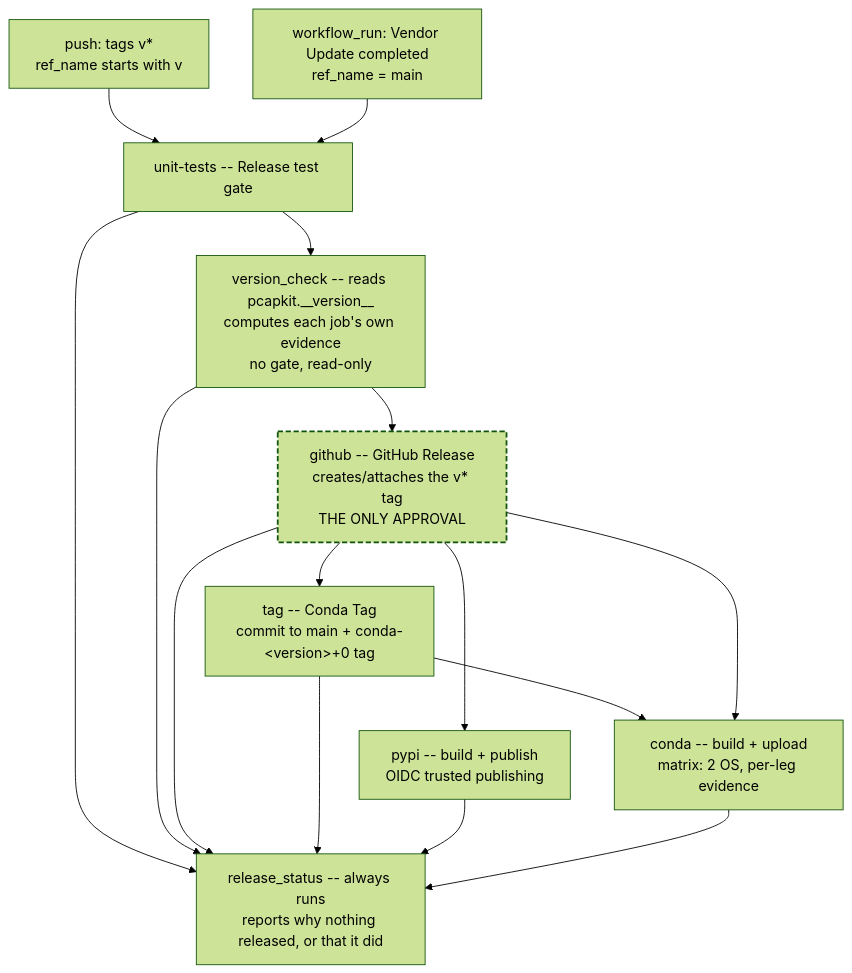
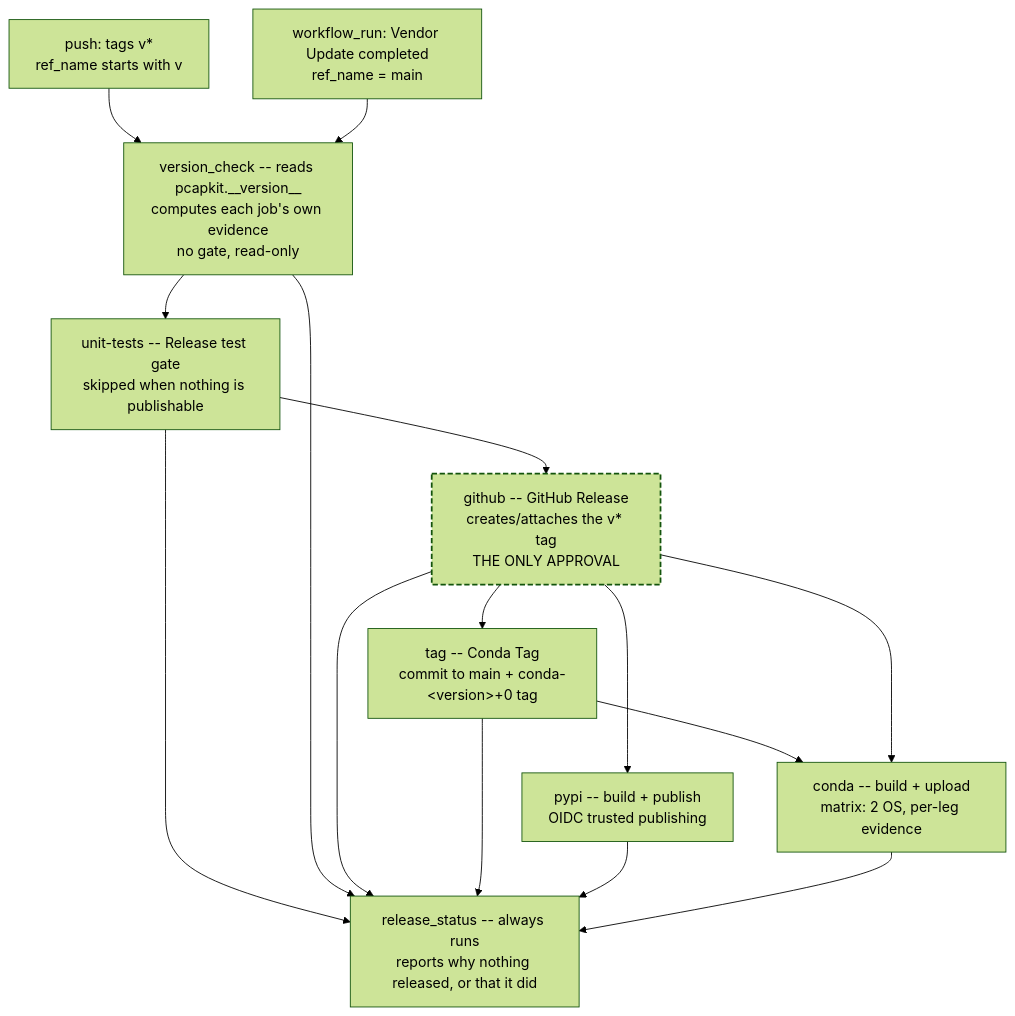
Before and after one commit to JarryShaw/PyPCAPKit: the diagram in docs/source/contributing/releasing.rst, drawn with Mermaid (forest theme). The commit also changed other lines of this file and 4 other files, not shown here.

First line of the commit message:
ci(release): run the full-suite gate only when a release will publish (#1052)

```diff
--- a/docs/source/contributing/releasing.rst
+++ b/docs/source/contributing/releasing.rst
@@ -188,22 +201,22 @@
 .. mermaid::
 
    flowchart TD
-       T1["push: tags v*<br/>ref_name starts with v"] --> UT
-       T2["workflow_run: Vendor Update completed<br/>ref_name = main"] --> UT
-       UT["unit-tests -- Release test gate"] --> VC
+       T1["push: tags v*<br/>ref_name starts with v"] --> VC
+       T2["workflow_run: Vendor Update completed<br/>ref_name = main"] --> VC
        VC["version_check -- reads pcapkit.__version__<br/>computes each job's own evidence<br/>no gate, read-only"]
-       VC --> GH
+       VC --> UT
+       UT["unit-tests -- Release test gate<br/>skipped when nothing is publishable"] --> GH
        GH["github -- GitHub Release<br/>creates/attaches the v* tag<br/>THE ONLY APPROVAL"]
        GH --> TG["tag -- Conda Tag<br/>commit to main + conda-&lt;version&gt;+0 tag"]
        GH --> PY["pypi -- build + publish<br/>OIDC trusted publishing"]
        TG --> CD["conda -- build + upload<br/>matrix: 2 OS, per-leg evidence"]
        GH --> CD
        UT --> RS
        VC --> RS
        GH --> RS
        TG --> RS
        PY --> RS
        CD --> RS
        RS["release_status -- always runs<br/>reports why nothing released, or that it did"]
        classDef gate stroke-dasharray:6 3,stroke-width:2px
        class GH gate
```
